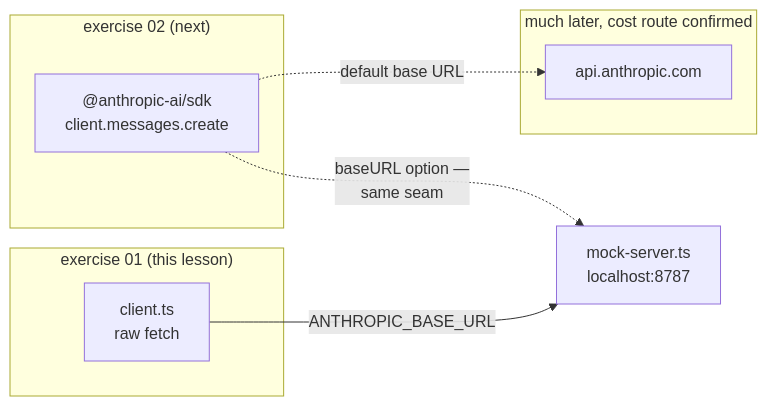
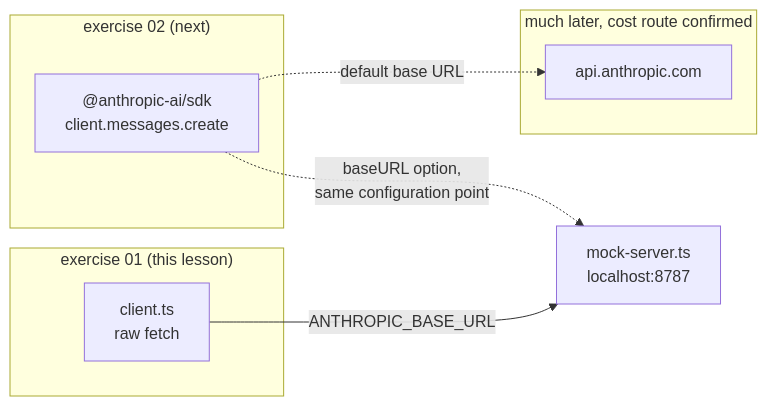
One commit to JozsefKiss90/TS changed the second of 2 diagrams in wiki/lessons/lesson-0002-raw-http-against-a-mock.md. Above: the diagram before and after it, drawn with Mermaid. The commit also changed other lines of this file and 49 other files, not shown here.

````diff
--- a/wiki/lessons/lesson-0002-raw-http-against-a-mock.md
+++ b/wiki/lessons/lesson-0002-raw-http-against-a-mock.md
@@ -37,16 +37,16 @@
 ```mermaid
 flowchart LR
     subgraph EX01["exercise 01 (this lesson)"]
         C1["client.ts<br/>raw fetch"]
     end
     subgraph EX02["exercise 02 (next)"]
         C2["@anthropic-ai/sdk<br/>client.messages.create"]
     end
     subgraph LATER["much later, cost route confirmed"]
         API["api.anthropic.com"]
     end
     MOCK["mock-server.ts<br/>localhost:8787"]
     C1 -- "ANTHROPIC_BASE_URL" --> MOCK
-    C2 -. "baseURL option —<br/>same seam" .-> MOCK
+    C2 -. "baseURL option,<br/>same configuration point" .-> MOCK
     C2 -. "default base URL" .-> API
 ```
````
